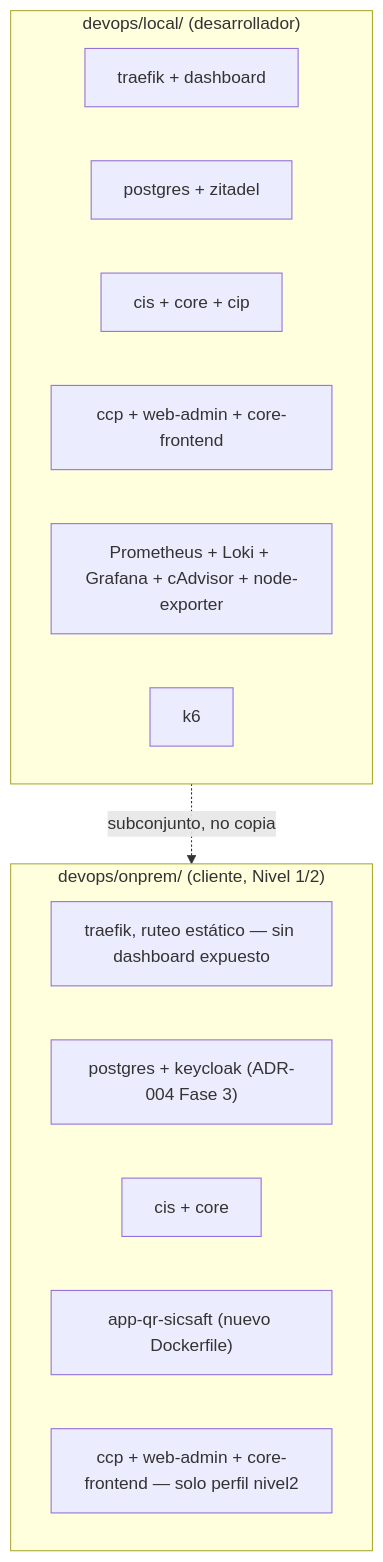
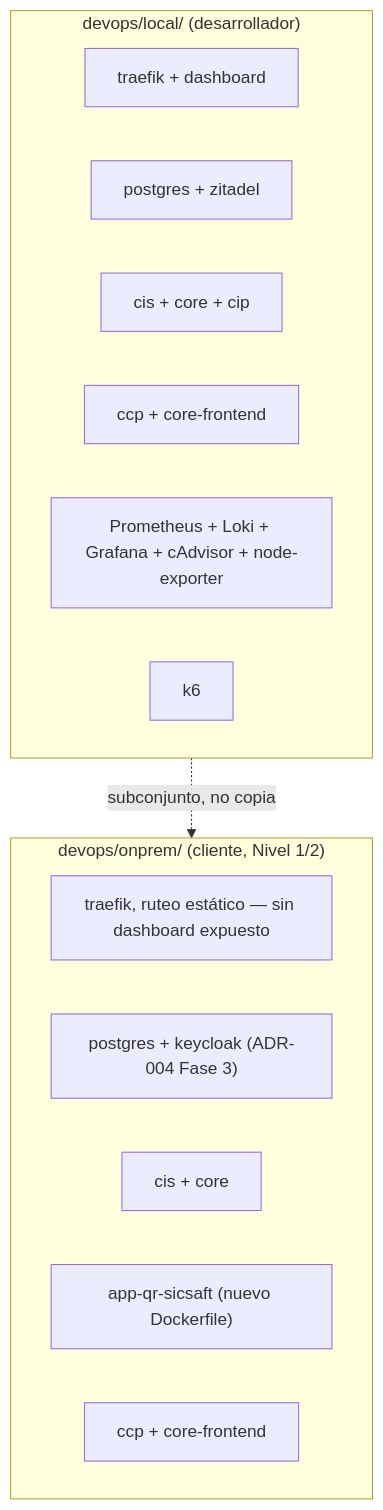
Before and after one commit to jhonabruzzi278/SICSAFT: the first of 2 diagrams in aidlc-docs/devops/design-artifacts/ARCHITECTURE.md, drawn with Mermaid. The commit also changed other lines of this file and 62 other files, not shown here.

First line of the commit message:
docs: elimina web_admin y el rol administrador-sistema de toda la documentacion y los diagramas

````diff
--- a/aidlc-docs/devops/design-artifacts/ARCHITECTURE.md
+++ b/aidlc-docs/devops/design-artifacts/ARCHITECTURE.md
@@ -18,21 +18,21 @@
 ```mermaid
 flowchart TB
     subgraph local["devops/local/ (desarrollador)"]
         L1[traefik + dashboard]
         L2[postgres + zitadel]
         L3[cis + core + cip]
-        L4[ccp + web-admin + core-frontend]
+        L4[ccp + core-frontend]
         L5[Prometheus + Loki + Grafana + cAdvisor + node-exporter]
         L6[k6]
     end
 
     subgraph onprem["devops/onprem/ (cliente, Nivel 1/2)"]
         O1[traefik, ruteo estático — sin dashboard expuesto]
         O2["postgres + keycloak (ADR-004 Fase 3)"]
         O3[cis + core]
         O4["app-qr-sicsaft (nuevo Dockerfile)"]
-        O5["ccp + web-admin + core-frontend — solo perfil nivel2"]
+        O5["ccp + core-frontend"]
     end
 
     local -. "subconjunto, no copia" .-> onprem
 ```
````
